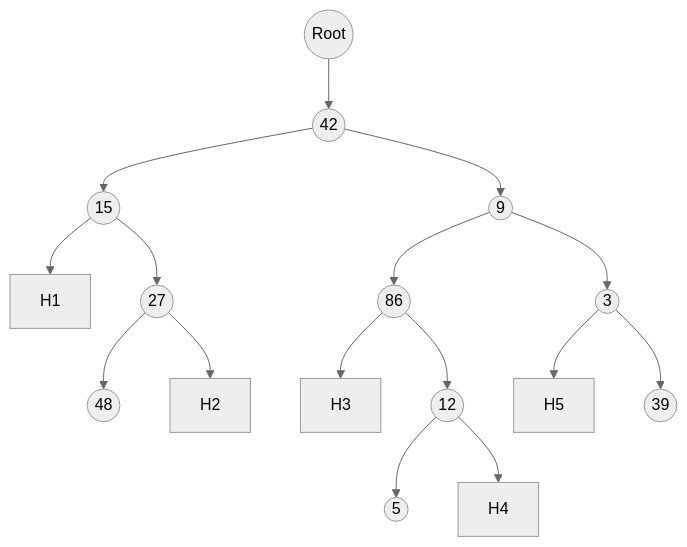
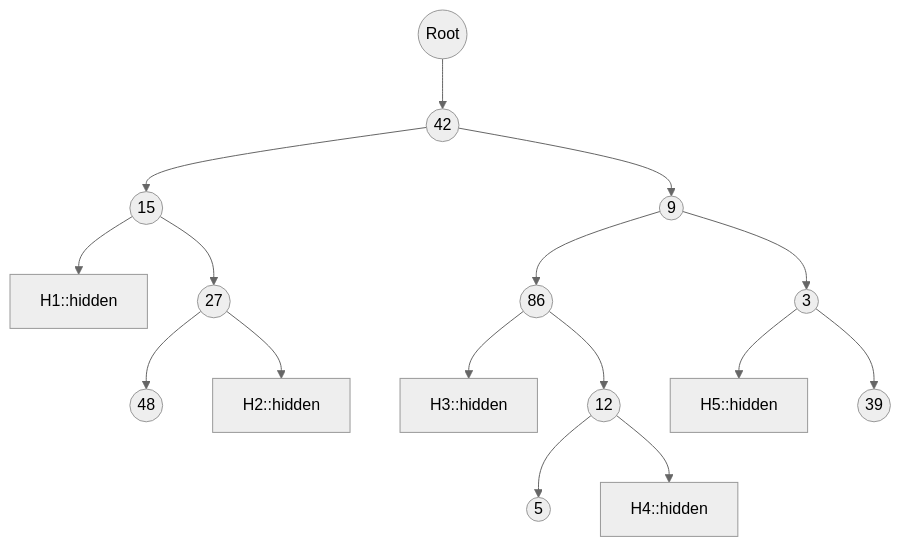
Before and after one commit to jayshozie/ceng301: the first of 4 diagrams in lecture-notes/w07.md, drawn with Mermaid (neutral theme). The commit also changed other lines of this file, not shown here.

Commit message:
nrt in w07

````diff
--- a/lecture-notes/w07.md
+++ b/lecture-notes/w07.md
@@ -181,21 +181,21 @@
 ```mermaid
 graph TB
 
 A((Root)) --> B((42))
 B --> C((15))
 B --> D((9))
-C --> H1:::hidden
+C --> H1::hidden
 C --> E((27))
 E --> F((48))
-E --> H2:::hidden
+E --> H2::hidden
 
 D --> G((86))
 D --> H((3))
-G --> H3:::hidden
+G --> H3::hidden
 G --> I((12))
 I --> J((5))
-I --> H4:::hidden
+I --> H4::hidden
 
-H --> H5:::hidden
+H --> H5::hidden
 H --> K((39))
 ```
````
